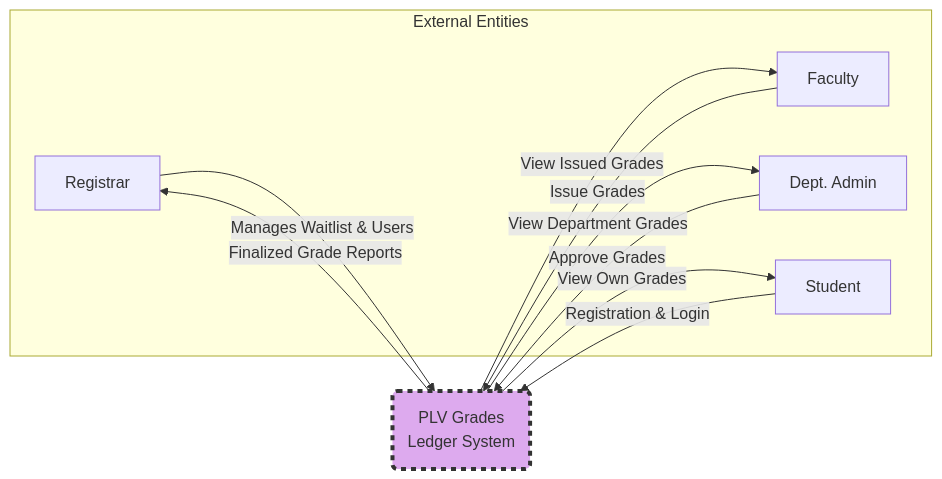
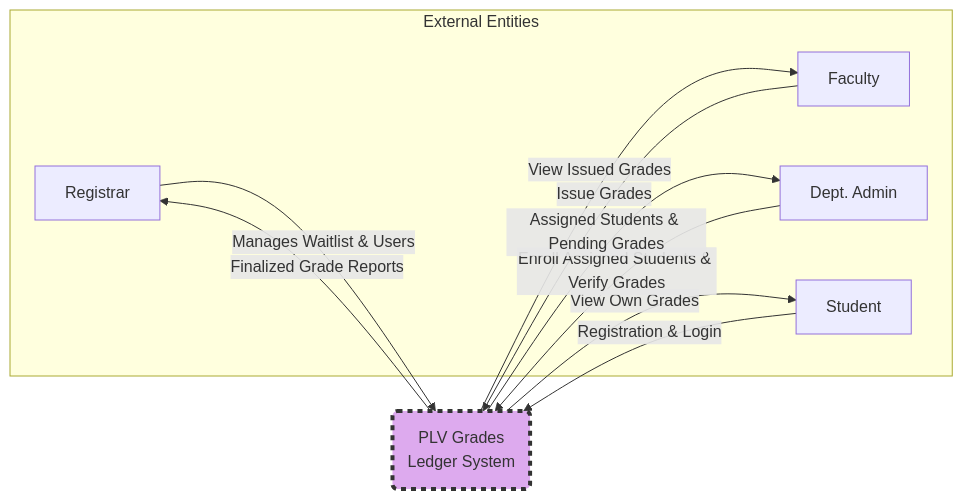
Before and after one commit to Pat-asc/Capstone-Project-BlockChain-BlockGo: the second of 6 diagrams in Guide.md, drawn with Mermaid. The commit also changed other lines of this file, not shown here.

````diff
--- a/Guide.md
+++ b/Guide.md
@@ -93,25 +93,25 @@
 ```mermaid
 graph LR
     subgraph "External Entities"
         E1[<fa:fa-user-tie> Registrar]
         E3[<fa:fa-chalkboard-teacher> Faculty]
         E4[<fa:fa-user-shield> Dept. Admin]
         E2[<fa:fa-user-graduate> Student]
     end
 
     P0("PLV Grades<br>Ledger System")
 
     E2 -- "Registration & Login" --> P0
     P0 -- "View Own Grades" --> E2
 
     E1 -- "Manages Waitlist & Users" --> P0
     P0 -- "Finalized Grade Reports" --> E1
 
     E3 -- "Issue Grades" --> P0
     P0 -- "View Issued Grades" --> E3
 
-    E4 -- "Approve Grades" --> P0
-    P0 -- "View Department Grades" --> E4
+    E4 -- "Enroll Assigned Students & Verify Grades" --> P0
+    P0 -- "Assigned Students & Pending Grades" --> E4
 
     style P0 fill:#dae,stroke:#333,stroke-width:4px,stroke-dasharray: 5 5
 ```
````
